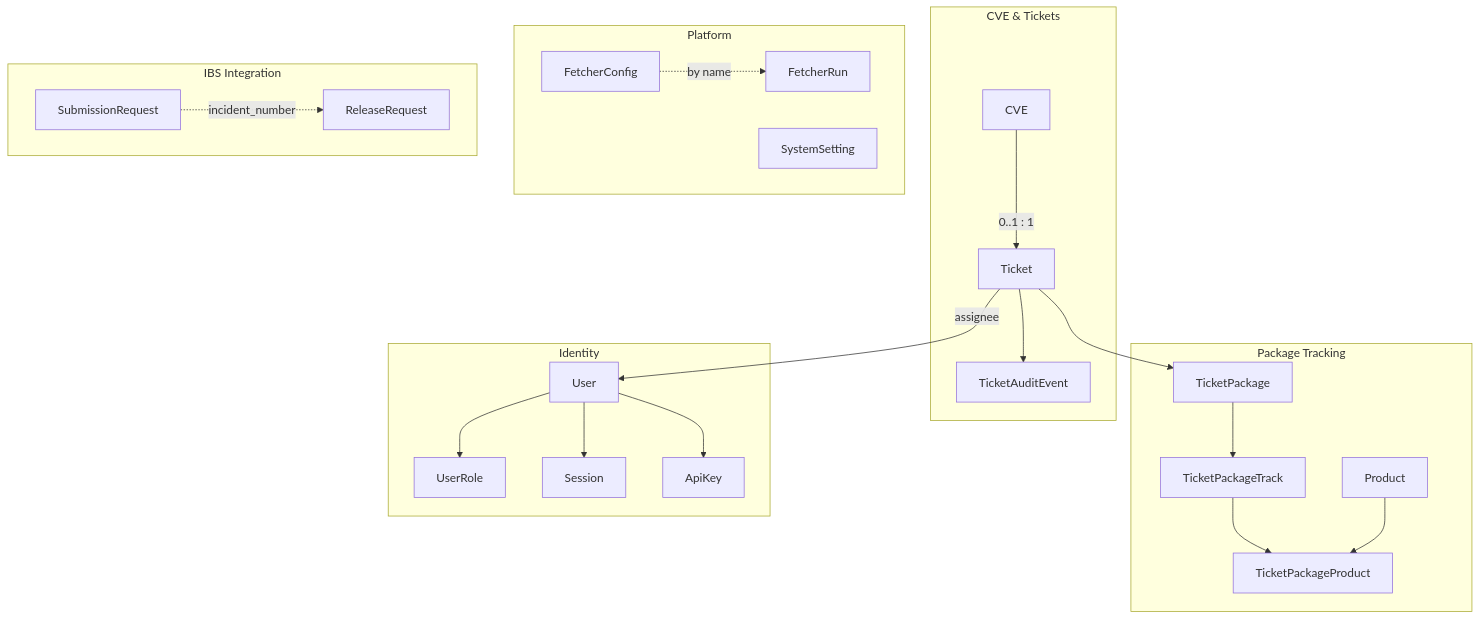
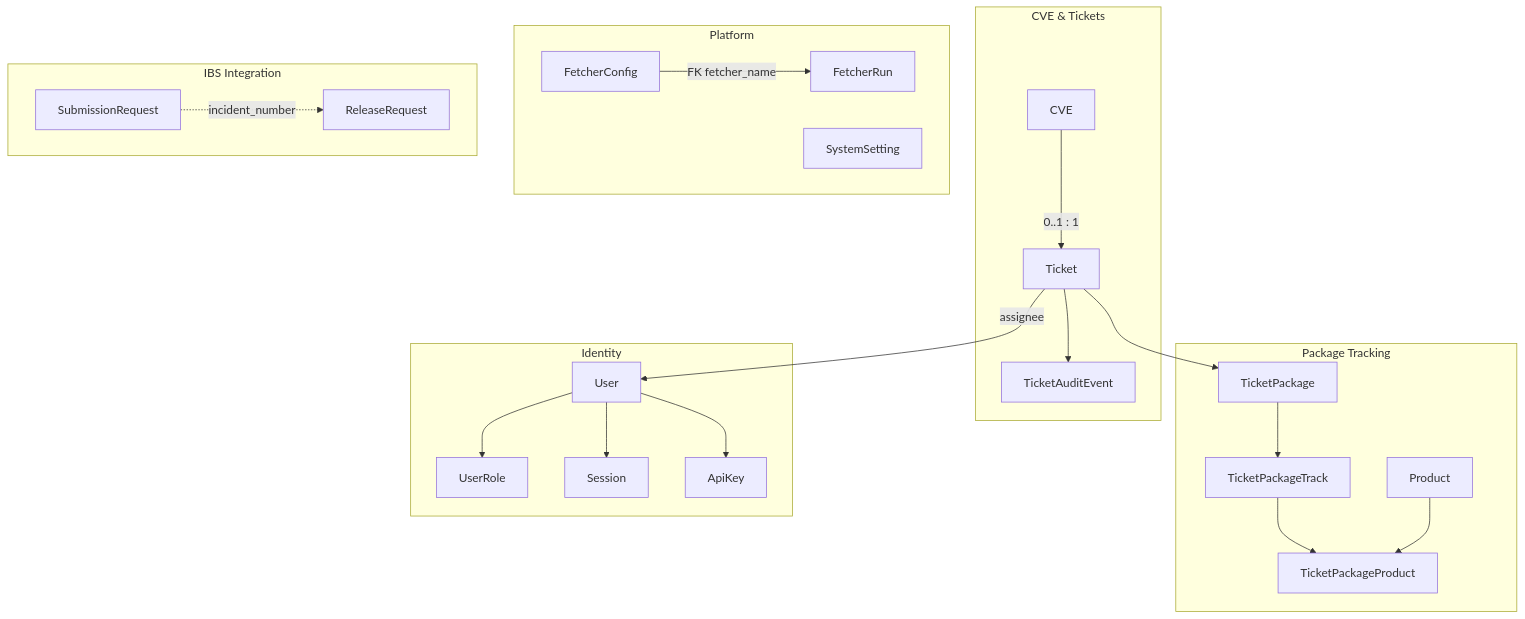
One commit to StayPirate/STAMP changed the first of 6 diagrams in docs/data-model.md. Above: the diagram before and after it, drawn with Mermaid. The commit also changed other lines of this file and 1 other file, not shown here.

First line of the commit message:
docs: add FK constraints to Fetcher domain tables and document deregistered lifecycle

````diff
--- a/docs/data-model.md
+++ b/docs/data-model.md
@@ -20,46 +20,46 @@
 ```mermaid
 flowchart TB
     subgraph cve_tickets["CVE & Tickets"]
         CVE
         Ticket
         TicketAuditEvent
     end
 
     subgraph packages["Package Tracking"]
         TicketPackage
         TicketPackageTrack
         TicketPackageProduct
         Product
     end
 
     subgraph identity["Identity"]
         User
         UserRole
         Session
         ApiKey
     end
 
     subgraph platform["Platform"]
         FetcherConfig
         FetcherRun
         SystemSetting
     end
 
     subgraph ibs["IBS Integration"]
         SubmissionRequest
         ReleaseRequest
     end
 
     CVE -->|"0..1 : 1"| Ticket
     Ticket --> TicketAuditEvent
     Ticket --> TicketPackage
     Ticket -->|"assignee"| User
     TicketPackage --> TicketPackageTrack
     TicketPackageTrack --> TicketPackageProduct
     Product --> TicketPackageProduct
     User --> UserRole
     User --> Session
     User --> ApiKey
-    FetcherConfig -.->|"by name"| FetcherRun
+    FetcherConfig -->|"FK fetcher_name"| FetcherRun
     SubmissionRequest -.->|"incident_number"| ReleaseRequest
 ```
````
